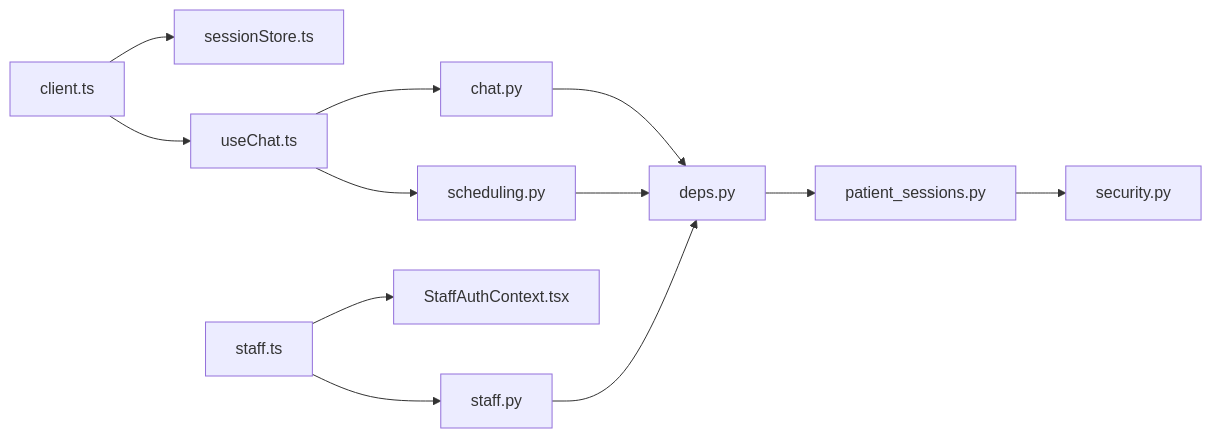
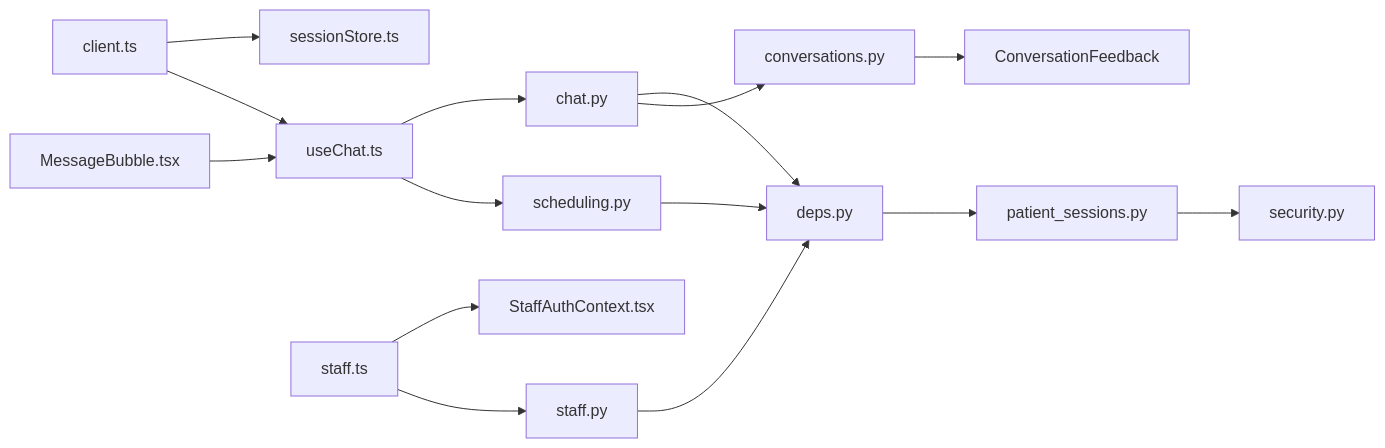
Before and after one commit to gokulkaarthicks/dental-chatbot: the sixth of 6 diagrams in .qoder/repowiki/en/content/System Architecture/Component Interactions/API Communication.md, drawn with Mermaid. The commit also changed other lines of this file and 280 other files, not shown here.

````diff
--- a/.qoder/repowiki/en/content/System Architecture/Component Interactions/API Communication.md
+++ b/.qoder/repowiki/en/content/System Architecture/Component Interactions/API Communication.md
@@ -463,14 +529,17 @@
 ```mermaid
 graph LR
 FE_Client["client.ts"] --> FE_Store["sessionStore.ts"]
 FE_Client --> FE_Hook["useChat.ts"]
+FE_Message["MessageBubble.tsx"] --> FE_Hook
 FE_Staff["staff.ts"] --> FE_Auth["StaffAuthContext.tsx"]
 FE_Hook --> API_Chat["chat.py"]
 FE_Hook --> API_Sched["scheduling.py"]
 FE_Staff --> API_Staff["staff.py"]
 API_Chat --> Deps["deps.py"]
 API_Sched --> Deps
 API_Staff --> Deps
 Deps --> PSession["patient_sessions.py"]
 PSession --> Sec["security.py"]
+API_Chat --> Models["conversations.py"]
+Models --> FeedbackModel["ConversationFeedback"]
 ```
````
